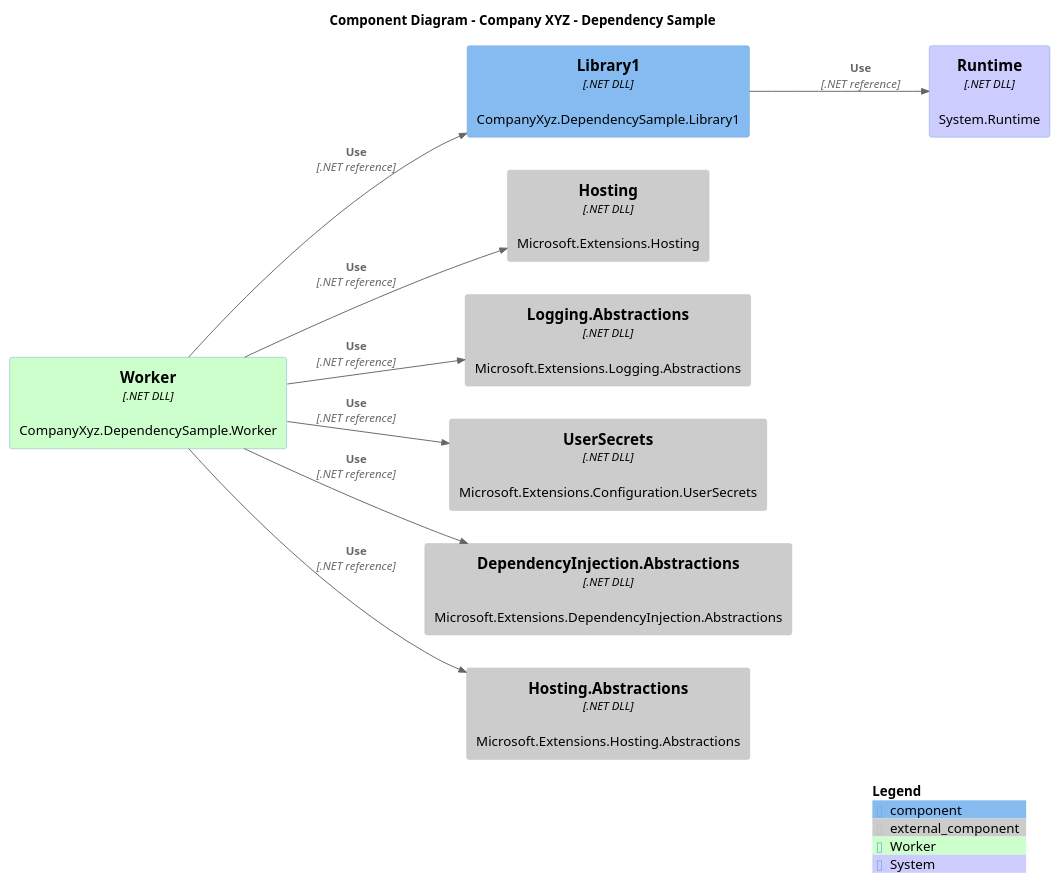
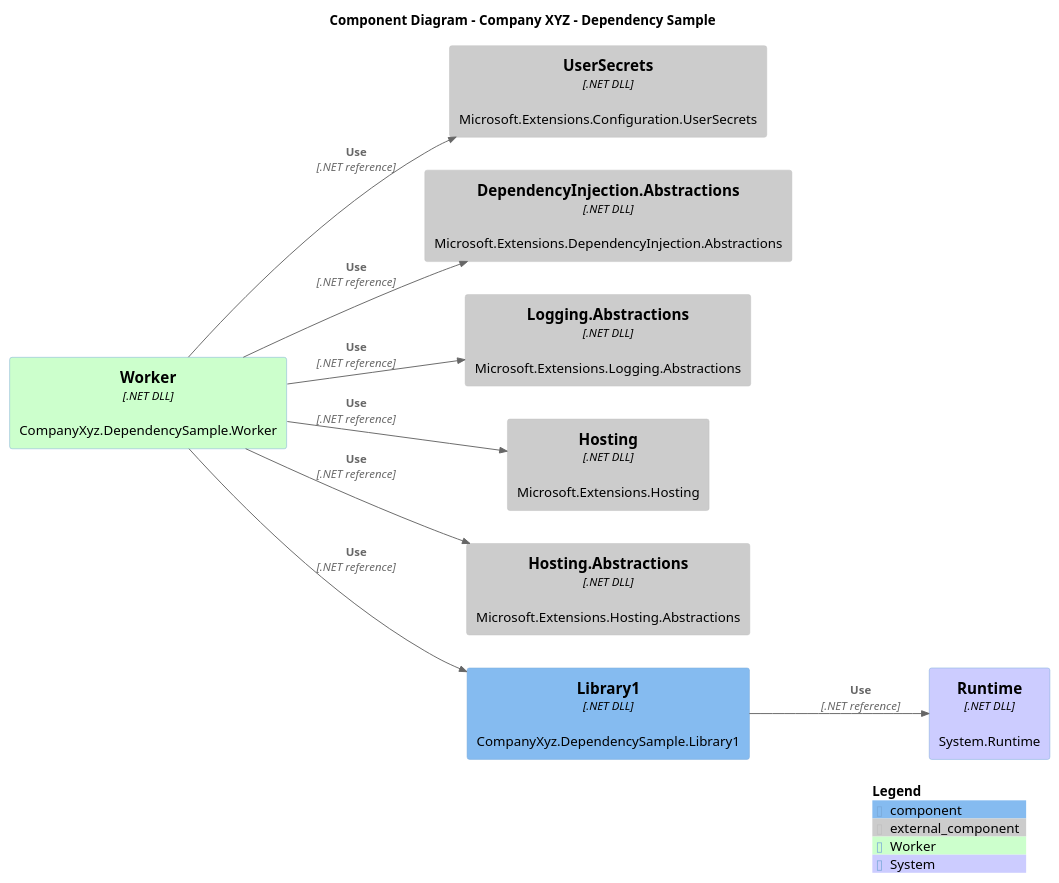
Before and after one commit to sgryphon/dotnet-dependency-graph: the diagram in sample/docs/c4-component-CompanyXyz.puml, drawn with PlantUML. The commit also changed other lines of this file and 5 other files, not shown here.

Commit message:
Better output order for layout; add sample diagrams

```diff
--- a/sample/docs/c4-component-CompanyXyz.puml
+++ b/sample/docs/c4-component-CompanyXyz.puml
@@ -1,32 +1,32 @@
 @startuml
 
 !include <C4/C4_Component>
 AddComponentTag("Application", $bgColor="#0000ff")
 
 title Component Diagram - Company XYZ - Dependency Sample
 
 LAYOUT_LEFT_RIGHT()
 AddComponentTag("Worker", $bgColor="#ccffcc")
 AddComponentTag("System", $bgColor="#ccccff")
 
-Component(CompanyXyz.DependencySample.Worker, "Worker", ".NET DLL", "CompanyXyz.DependencySample.Worker", $tags="Worker")
+Component_Ext(Microsoft.Extensions.Configuration.UserSecrets, "UserSecrets", ".NET DLL", "Microsoft.Extensions.Configuration.UserSecrets")
+Component_Ext(Microsoft.Extensions.DependencyInjection.Abstractions, "DependencyInjection.Abstractions", ".NET DLL", "Microsoft.Extensions.DependencyInjection.Abstractions")
+Component_Ext(System.Runtime, "Runtime", ".NET DLL", "System.Runtime", $tags="System")
+Component_Ext(Microsoft.Extensions.Logging.Abstractions, "Logging.Abstractions", ".NET DLL", "Microsoft.Extensions.Logging.Abstractions")
+Component_Ext(Microsoft.Extensions.Hosting, "Hosting", ".NET DLL", "Microsoft.Extensions.Hosting")
+Component_Ext(Microsoft.Extensions.Hosting.Abstractions, "Hosting.Abstractions", ".NET DLL", "Microsoft.Extensions.Hosting.Abstractions")
 Component(CompanyXyz.DependencySample.Library1, "Library1", ".NET DLL", "CompanyXyz.DependencySample.Library1")
 
-Component_Ext(Microsoft.Extensions.Hosting, "Hosting", ".NET DLL", "Microsoft.Extensions.Hosting")
-Component_Ext(System.Runtime, "Runtime", ".NET DLL", "System.Runtime", $tags="System")
-Component_Ext(Microsoft.Extensions.Logging.Abstractions, "Logging.Abstractions", ".NET DLL", "Microsoft.Extensions.Logging.Abstractions")
-Component_Ext(Microsoft.Extensions.Configuration.UserSecrets, "UserSecrets", ".NET DLL", "Microsoft.Extensions.Configuration.UserSecrets")
-Component_Ext(Microsoft.Extensions.DependencyInjection.Abstractions, "DependencyInjection.Abstractions", ".NET DLL", "Microsoft.Extensions.DependencyInjection.Abstractions")
-Component_Ext(Microsoft.Extensions.Hosting.Abstractions, "Hosting.Abstractions", ".NET DLL", "Microsoft.Extensions.Hosting.Abstractions")
+Component(CompanyXyz.DependencySample.Worker, "Worker", ".NET DLL", "CompanyXyz.DependencySample.Worker", $tags="Worker")
 
-Rel(CompanyXyz.DependencySample.Worker, Microsoft.Extensions.Hosting, "Use", ".NET reference")
+Rel(CompanyXyz.DependencySample.Worker, Microsoft.Extensions.Configuration.UserSecrets, "Use", ".NET reference")
+Rel(CompanyXyz.DependencySample.Worker, Microsoft.Extensions.DependencyInjection.Abstractions, "Use", ".NET reference")
 Rel(CompanyXyz.DependencySample.Library1, System.Runtime, "Use", ".NET reference")
 Rel(CompanyXyz.DependencySample.Worker, Microsoft.Extensions.Logging.Abstractions, "Use", ".NET reference")
-Rel(CompanyXyz.DependencySample.Worker, Microsoft.Extensions.Configuration.UserSecrets, "Use", ".NET reference")
-Rel(CompanyXyz.DependencySample.Worker, Microsoft.Extensions.DependencyInjection.Abstractions, "Use", ".NET reference")
+Rel(CompanyXyz.DependencySample.Worker, Microsoft.Extensions.Hosting, "Use", ".NET reference")
+Rel(CompanyXyz.DependencySample.Worker, Microsoft.Extensions.Hosting.Abstractions, "Use", ".NET reference")
 Rel(CompanyXyz.DependencySample.Worker, CompanyXyz.DependencySample.Library1, "Use", ".NET reference")
-Rel(CompanyXyz.DependencySample.Worker, Microsoft.Extensions.Hosting.Abstractions, "Use", ".NET reference")
 
 SHOW_LEGEND()
 
 @enduml
```
